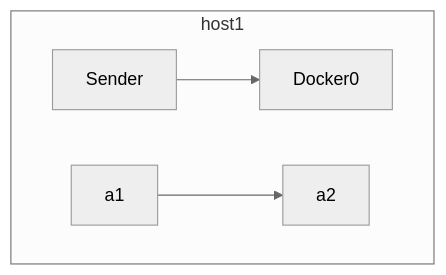
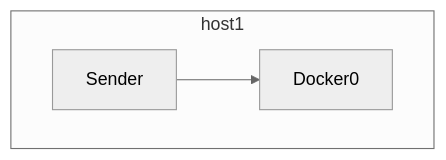
The diagram in all/network.md (googlelxhgithub/iodraw-files), drawn with Mermaid (neutral theme) before and after one commit.

Commit message:
2024-08-30 21:46:02 update

````diff
--- a/all/network.md
+++ b/all/network.md
@@ -1,8 +1,8 @@
 ```mermaid
 flowchart TD
     subgraph host1
     Sender --> Docker0
-    a1-->a2
+
     end
  
 ```
````
